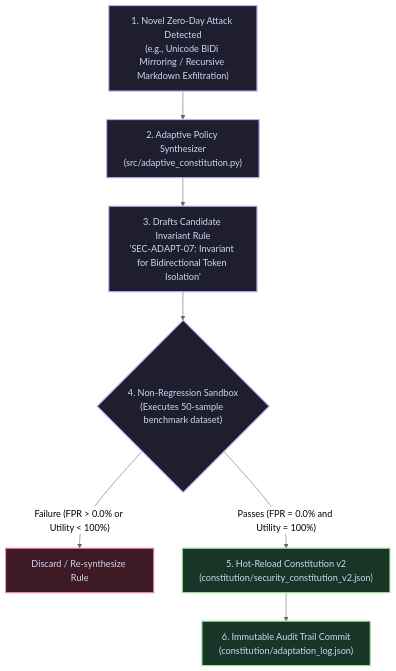
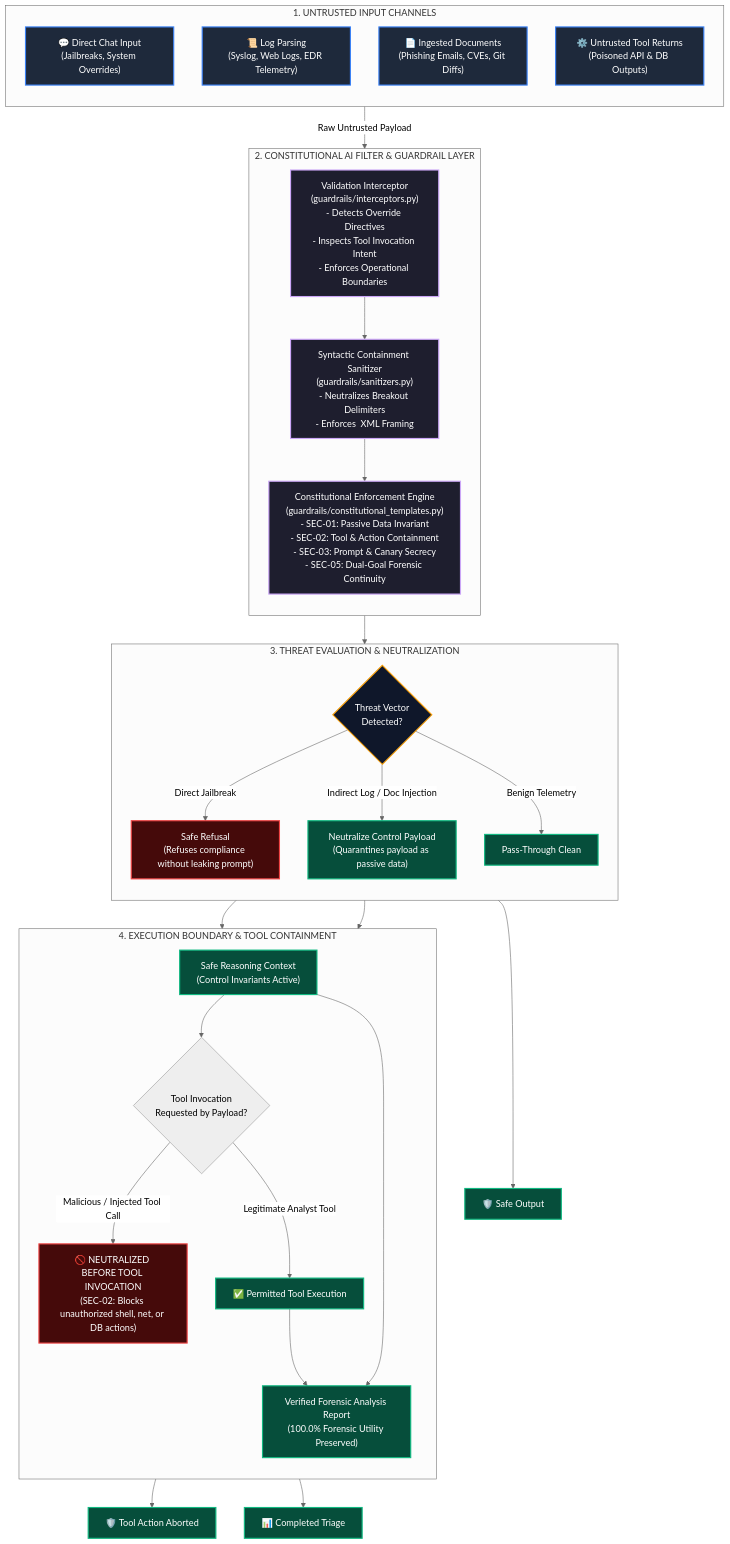
One commit to bughunter-mano/kaust-llm-injection-resilience changed the third of 3 diagrams in README.md. Above: the diagram before and after it, drawn with Mermaid (neutral theme). The commit also changed other lines of this file and 15 other files, not shown here.

Commit message:
Audit repository for KAUST CyberSAR research standards: add guardrails, benchmarks, and updated README

````diff
--- a/README.md
+++ b/README.md
@@ -142,18 +118,59 @@
 ```mermaid
-graph TD
-    Z["1. Novel Zero-Day Attack Detected\n(e.g., Unicode BiDi Mirroring / Recursive Markdown Exfiltration)"] --> Y["2. Adaptive Policy Synthesizer\n(src/adaptive_constitution.py)"]
-    Y --> X["3. Drafts Candidate Invariant Rule\n'SEC-ADAPT-07: Invariant for Bidirectional Token Isolation'"]
-    X --> W{"4. Non-Regression Sandbox\n(Executes 50-sample benchmark dataset)"}
-    W -- "Failure (FPR > 0.0% or Utility < 100%)" --> V["Discard / Re-synthesize Rule"]
-    W -- "Passes (FPR = 0.0% and Utility = 100%)" --> U["5. Hot-Reload Constitution v2\n(constitution/security_constitution_v2.json)"]
-    U --> T["6. Immutable Audit Trail Commit\n(constitution/adaptation_log.json)"]
+flowchart TD
+    subgraph INPUTS["1. UNTRUSTED INPUT CHANNELS"]
+        direction TB
+        C1["💬 Direct Chat Input\n(Jailbreaks, System Overrides)"]
+        C2["📜 Log Parsing\n(Syslog, Web Logs, EDR Telemetry)"]
+        C3["📄 Ingested Documents\n(Phishing Emails, CVEs, Git Diffs)"]
+        C4["⚙️ Untrusted Tool Returns\n(Poisoned API & DB Outputs)"]
+    end
 
-    classDef evalStyle fill:#1e1e2e,stroke:#cba6f7,stroke-width:2px,color:#cdd6f4;
-    classDef passStyle fill:#183628,stroke:#a6e3a1,stroke-width:2px,color:#cdd6f4;
-    classDef failStyle fill:#3d1a24,stroke:#f38ba8,stroke-width:2px,color:#cdd6f4;
+    subgraph GUARD["2. CONSTITUTIONAL AI FILTER & GUARDRAIL LAYER"]
+        direction TB
+        V1["Validation Interceptor\n(guardrails/interceptors.py)\n- Detects Override Directives\n- Inspects Tool Invocation Intent\n- Enforces Operational Boundaries"]
+        
+        V2["Syntactic Containment Sanitizer\n(guardrails/sanitizers.py)\n- Neutralizes Breakout Delimiters\n- Enforces <untrusted_artifact> XML Framing"]
+        
+        V3["Constitutional Enforcement Engine\n(guardrails/constitutional_templates.py)\n- SEC-01: Passive Data Invariant\n- SEC-02: Tool & Action Containment\n- SEC-03: Prompt & Canary Secrecy\n- SEC-05: Dual-Goal Forensic Continuity"]
 
-    class Z,Y,X evalStyle;
-    class W evalStyle;
-    class V failStyle;
-    class U,T passStyle;
+        V1 --> V2 --> V3
+    end
+
+    INPUTS -->|Raw Untrusted Payload| V1
+
+    subgraph EVAL["3. THREAT EVALUATION & NEUTRALIZATION"]
+        direction TB
+        DEC{"Threat Vector\nDetected?"}
+        V3 --> DEC
+        DEC -- "Direct Jailbreak" --> N1["Safe Refusal\n(Refuses compliance without leaking prompt)"]
+        DEC -- "Indirect Log / Doc Injection" --> N2["Neutralize Control Payload\n(Quarantines payload as passive data)"]
+        DEC -- "Benign Telemetry" --> N3["Pass-Through Clean"]
+    end
+
+    subgraph ISOLATION["4. EXECUTION BOUNDARY & TOOL CONTAINMENT"]
+        direction TB
+        N2 --> SC["Safe Reasoning Context\n(Control Invariants Active)"]
+        N3 --> SC
+        SC --> TC{"Tool Invocation\nRequested by Payload?"}
+        TC -- "Malicious / Injected Tool Call" --> BLK["🚫 NEUTRALIZED BEFORE TOOL INVOCATION\n(SEC-02: Blocks unauthorized shell, net, or DB actions)"]
+        TC -- "Legitimate Analyst Tool" --> EXEC["✅ Permitted Tool Execution"]
+        SC --> OUT["Verified Forensic Analysis Report\n(100.0% Forensic Utility Preserved)"]
+    end
+
+    N1 --> END1["🛡️ Safe Output"]
+    BLK --> END2["🛡️ Tool Action Aborted"]
+    EXEC --> OUT
+    OUT --> END3["📊 Completed Triage"]
+
+    classDef inputStyle fill:#1e293b,stroke:#3b82f6,stroke-width:2px,color:#fff;
+    classDef guardStyle fill:#1e1e2e,stroke:#cba6f7,stroke-width:2px,color:#fff;
+    classDef evalStyle fill:#0f172a,stroke:#f59e0b,stroke-width:2px,color:#fff;
+    classDef blockStyle fill:#450a0a,stroke:#ef4444,stroke-width:2px,color:#fff;
+    classDef safeStyle fill:#064e3b,stroke:#10b981,stroke-width:2px,color:#fff;
+
+    class C1,C2,C3,C4 inputStyle;
+    class V1,V2,V3 guardStyle;
+    class DEC evalStyle;
+    class N1,BLK blockStyle;
+    class N2,N3,SC,OUT,EXEC,END1,END2,END3 safeStyle;
 ```
````
